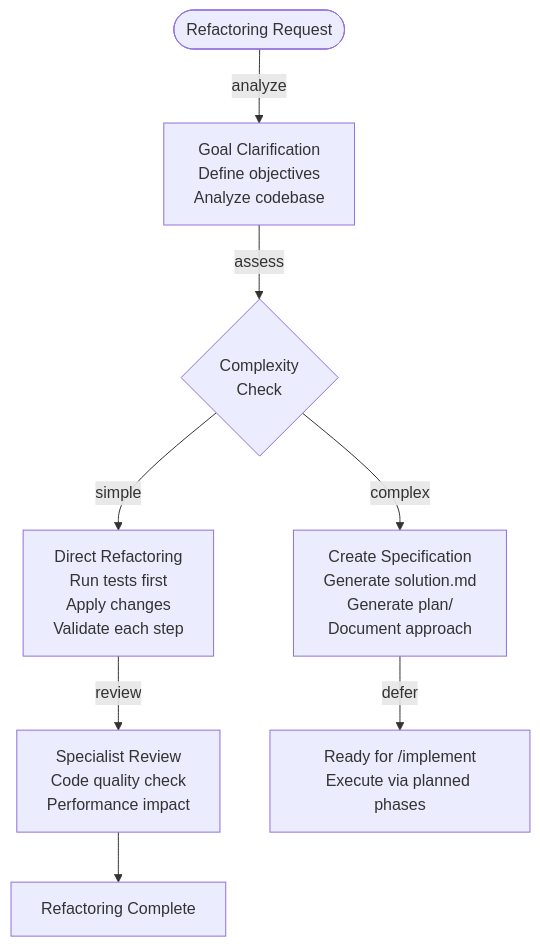
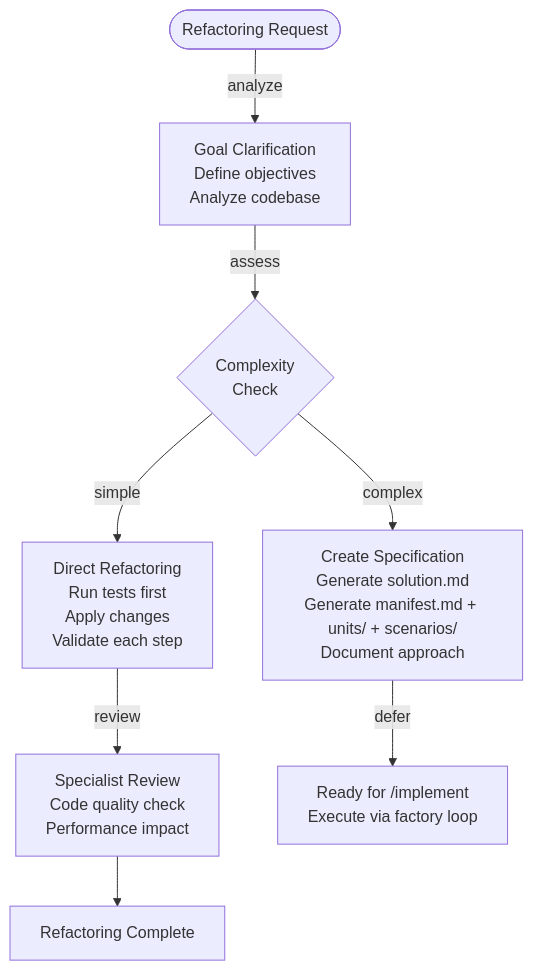
One commit to rsmdt/the-startup changed the eighth of 10 diagrams in plugins/start/README.md. Above: the diagram before and after it, drawn with Mermaid. The commit also changed other lines of this file and 36 other files, not shown here.

First line of the commit message:
feat: Evolves specify and implement skills to Dark Factory pattern

````diff
--- a/plugins/start/README.md
+++ b/plugins/start/README.md
@@ -406,10 +412,10 @@
 ```mermaid
 flowchart TD
     A([Refactoring Request]) --> |analyze| B[Goal Clarification<br/>Define objectives<br/>Analyze codebase]
     B --> |assess| C{Complexity<br>Check}
     C --> |simple| D[Direct Refactoring<br/>Run tests first<br/>Apply changes<br/>Validate each step]
     D --> |review| E[Specialist Review<br/>Code quality check<br/>Performance impact]
     E --> DONE[Refactoring Complete]
-    C --> |complex| F[Create Specification<br/>Generate solution.md<br/>Generate plan/<br/>Document approach]
-    F --> |defer| G[Ready for /implement<br/>Execute via planned phases]
+    C --> |complex| F[Create Specification<br/>Generate solution.md<br/>Generate manifest.md + units/ + scenarios/<br/>Document approach]
+    F --> |defer| G[Ready for /implement<br/>Execute via factory loop]
 ```
````
